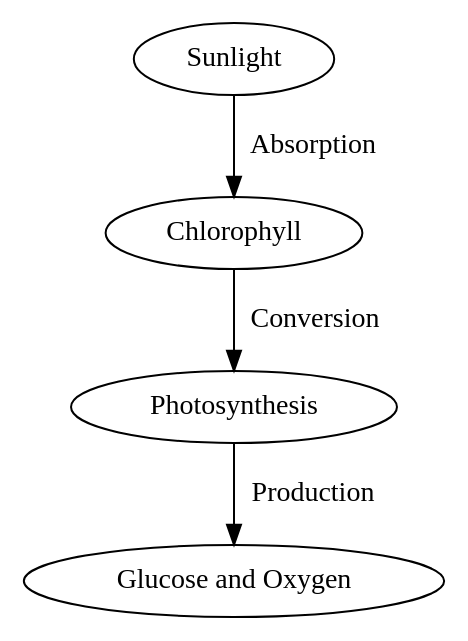
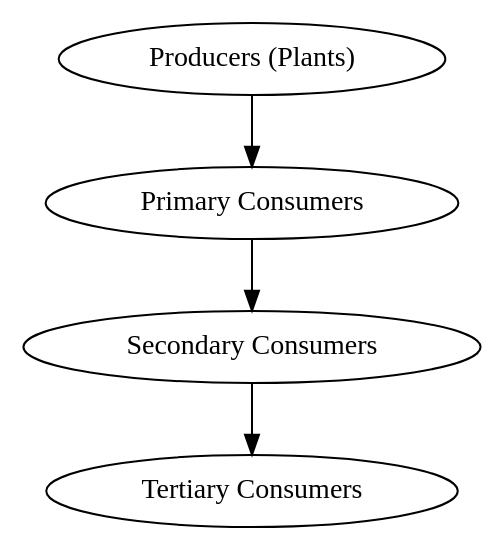
The diagram in image.gv (choprahetarth/diagram-generation-llm), drawn with Graphviz before and after one commit. The commit also changed 5 other files, not shown here.

```diff
--- a/image.gv
+++ b/image.gv
@@ -1,10 +1,10 @@
 // image
 digraph {
-	A [label=Sunlight]
-	B [label=Chlorophyll]
-	C [label=Photosynthesis]
-	D [label="Glucose and Oxygen"]
-	A -> B [label=Absorption]
-	B -> C [label=Conversion]
-	C -> D [label=Production]
+	A [label="Producers (Plants)"]
+	B [label="Primary Consumers"]
+	C [label="Secondary Consumers"]
+	D [label="Tertiary Consumers"]
+	A -> B
+	B -> C
+	C -> D
 }
```
